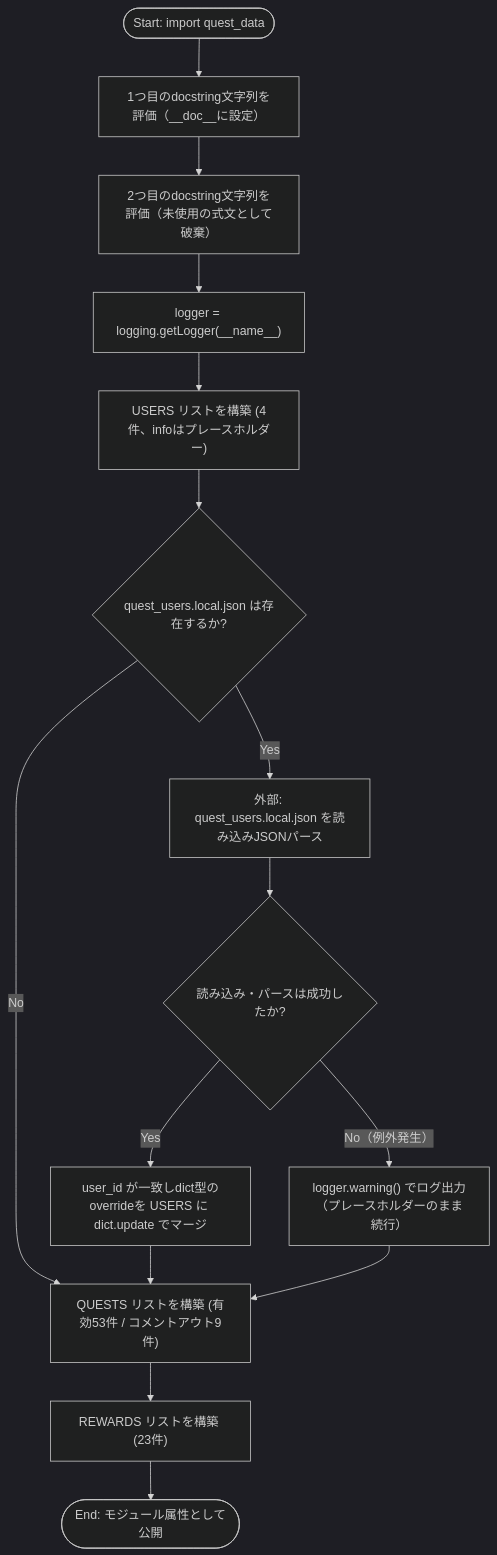
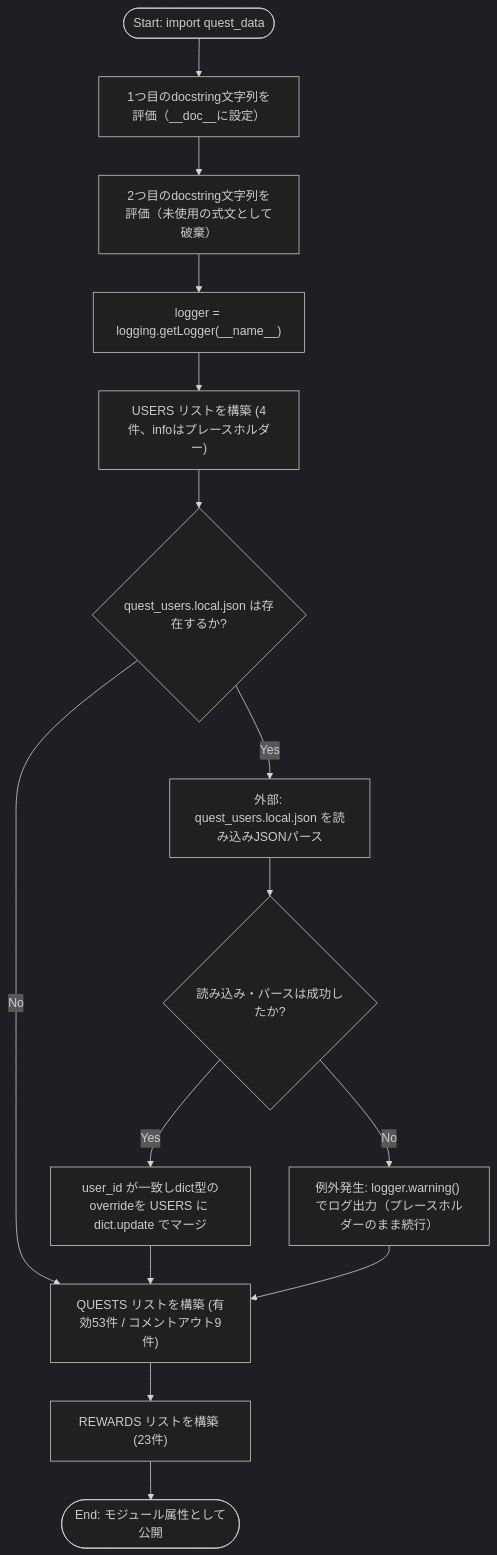
The first of 2 diagrams in docs/specifications/MY_HOME_SYSTEM/quest_data.md (mmtigers/my_python_project), drawn with Mermaid (dark theme) before and after one commit. The commit also changed other lines of this file and 1 other file, not shown here.

Commit message:
docs(MY_HOME_SYSTEM): post_boot_health_check.md/quest_data.mdの継続仕上げ差分を反映その5(棚卸しE1)

````diff
--- a/docs/specifications/MY_HOME_SYSTEM/quest_data.md
+++ b/docs/specifications/MY_HOME_SYSTEM/quest_data.md
@@ -191,17 +191,17 @@
 ```mermaid
 flowchart TD
     Start(["Start: import quest_data"]) --> Doc1["1つ目のdocstring文字列を評価（__doc__に設定）"]
     Doc1 --> Doc2["2つ目のdocstring文字列を評価（未使用の式文として破棄）"]
     Doc2 --> InitLogger["logger = logging.getLogger(__name__)"]
     InitLogger --> BuildUsers["USERS リストを構築 (4件、infoはプレースホルダー)"]
     BuildUsers --> CheckLocal{"quest_users.local.json は存在するか?"}
     CheckLocal -- No --> BuildQuests["QUESTS リストを構築 (有効53件 / コメントアウト9件)"]
     CheckLocal -- Yes --> LoadLocal["外部: quest_users.local.json を読み込みJSONパース"]
     LoadLocal --> MergeCheck{"読み込み・パースは成功したか?"}
     MergeCheck -- Yes --> MergeUsers["user_id が一致しdict型のoverrideを USERS に dict.update でマージ"]
-    MergeCheck -- No（例外発生） --> LogWarn["logger.warning() でログ出力（プレースホルダーのまま続行）"]
+    MergeCheck -- No --> LogWarn["例外発生: logger.warning() でログ出力（プレースホルダーのまま続行）"]
     MergeUsers --> BuildQuests
     LogWarn --> BuildQuests
     BuildQuests --> BuildRewards["REWARDS リストを構築 (23件)"]
     BuildRewards --> End(["End: モジュール属性として公開"])
 ```
````
